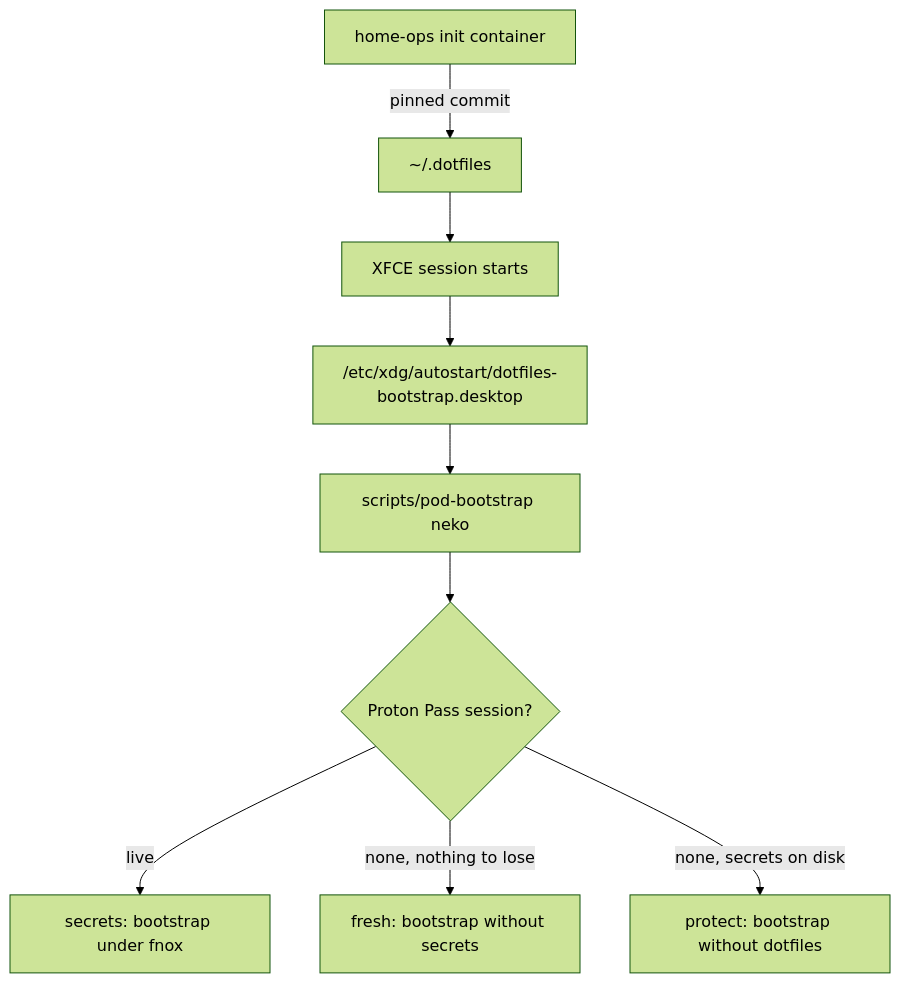
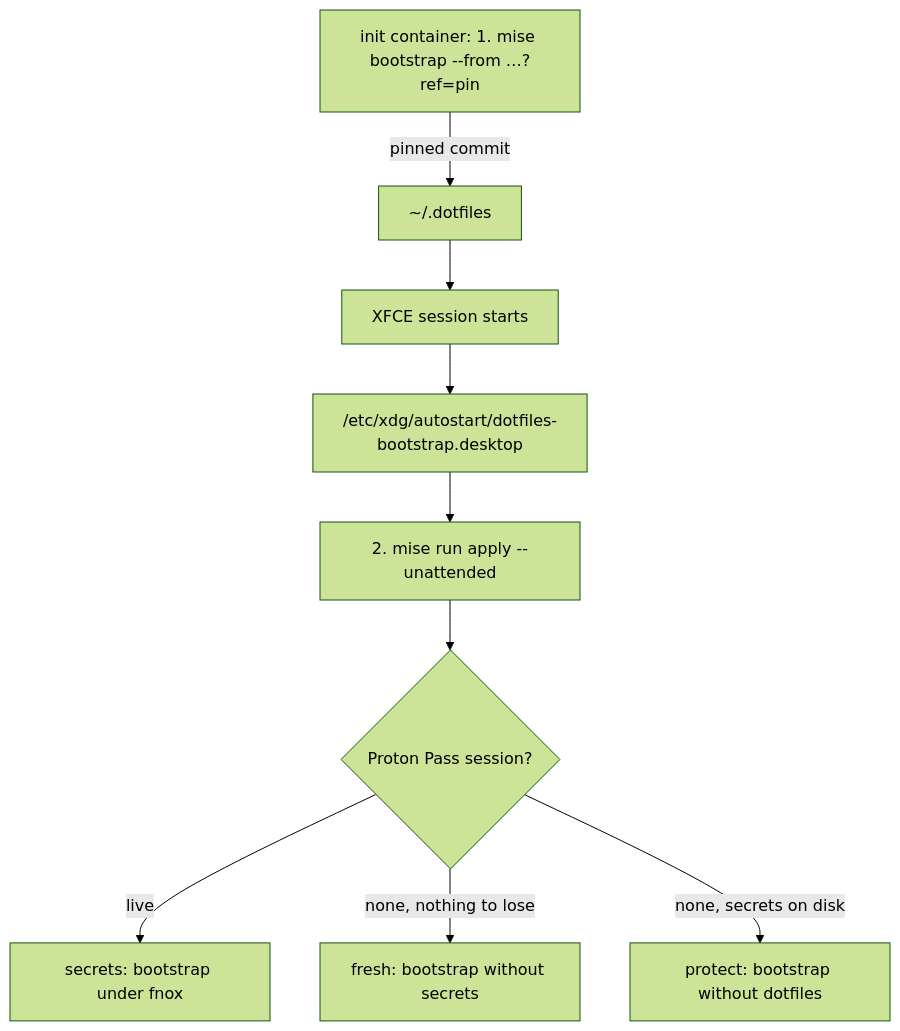
One commit to h-wb/dotfiles changed the diagram in conf.d/neko/README.md. Above: the diagram before and after it, drawn with Mermaid (forest theme). The commit also changed other lines of this file and 17 other files, not shown here.

````diff
--- a/conf.d/neko/README.md
+++ b/conf.d/neko/README.md
@@ -27,11 +27,11 @@
 ```mermaid
 flowchart TD
-  I["home-ops init container"] -->|pinned commit| D["~/.dotfiles"]
+  I["init container: 1. mise bootstrap --from …?ref=pin"] -->|pinned commit| D["~/.dotfiles"]
   D --> S[XFCE session starts]
   S --> A["/etc/xdg/autostart/dotfiles-bootstrap.desktop"]
-  A --> B["scripts/pod-bootstrap neko"]
+  A --> B["2. mise run apply --unattended"]
   B --> M{Proton Pass session?}
   M -->|live| SE[secrets: bootstrap under fnox]
   M -->|none, nothing to lose| FR[fresh: bootstrap without secrets]
   M -->|none, secrets on disk| PR[protect: bootstrap without dotfiles]
 ```
````
